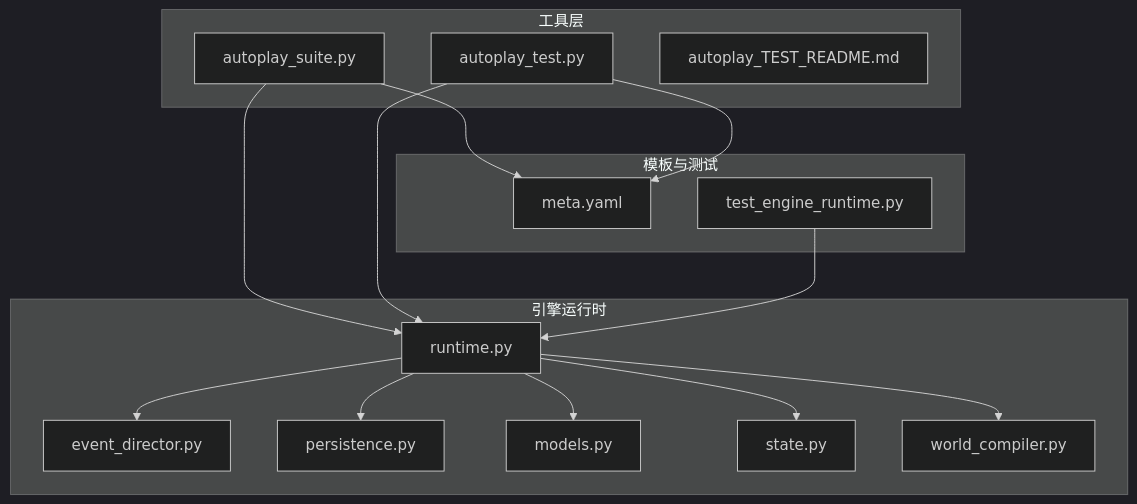
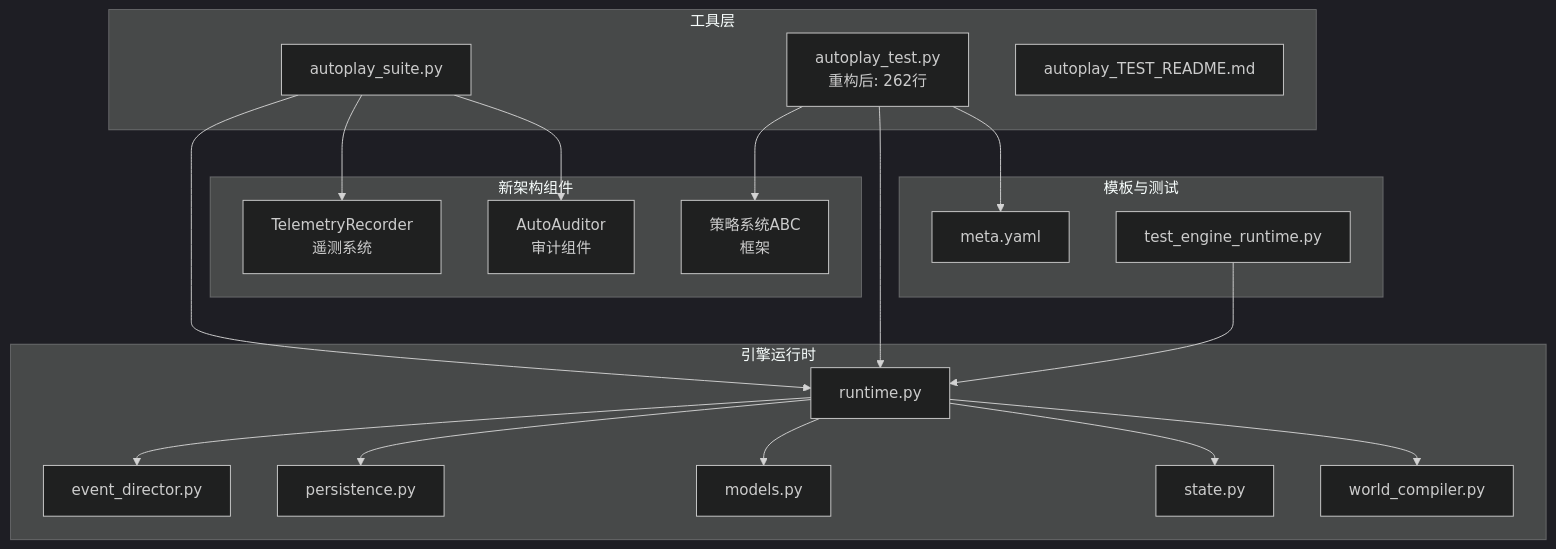
The first of 3 diagrams in .qoder/repowiki/zh/content/工具集/自动播放测试框架.md (Ivandanslespace/thegreatnovel), drawn with Mermaid (dark theme) before and after one commit. The commit also changed other lines of this file and 72 other files, not shown here.

````diff
--- a/.qoder/repowiki/zh/content/工具集/自动播放测试框架.md
+++ b/.qoder/repowiki/zh/content/工具集/自动播放测试框架.md
@@ -39,30 +47,37 @@
 ```mermaid
 graph TB
 subgraph "工具层"
 A["autoplay_suite.py"]
-B["autoplay_test.py"]
+B["autoplay_test.py<br/>重构后: 262行"]
 C["autoplay_TEST_README.md"]
 end
 subgraph "引擎运行时"
 D["runtime.py"]
 E["event_director.py"]
 F["persistence.py"]
 G["models.py"]
 H["state.py"]
 I["world_compiler.py"]
 end
+subgraph "新架构组件"
+J["TelemetryRecorder<br/>遥测系统"]
+K["AutoAuditor<br/>审计组件"]
+L["策略系统ABC<br/>框架"]
+end
 subgraph "模板与测试"
-J["meta.yaml"]
-K["test_engine_runtime.py"]
+M["meta.yaml"]
+N["test_engine_runtime.py"]
 end
 A --> D
 B --> D
 D --> E
 D --> F
 D --> I
 D --> H
 D --> G
 A --> J
-B --> J
-K --> D
+A --> K
+B --> L
+B --> M
+N --> D
 ```
````
